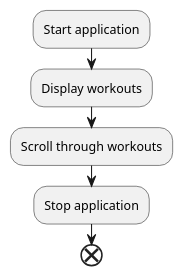
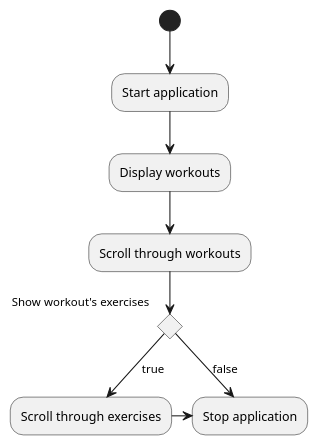
The diagram in doc/ds/activity_diagram.puml (karolinaoparczyk/Dart_Flutter), drawn with PlantUML before and after one commit. The commit also changed other lines of this file and 2 other files, not shown here.

```diff
--- a/doc/ds/activity_diagram.puml
+++ b/doc/ds/activity_diagram.puml
@@ -4,7 +4,11 @@
 @startuml
-:Start application;
-:Display workouts;
-:Scroll through workouts;
-:Stop application;
-end
+(*) --> "Start application"
+"Start application" --> "Display workouts"
+"Display workouts" --> "Scroll through workouts"
+if "Show workout's exercises" then
+  -->[true] "Scroll through exercises"
+  -right-> "Stop application"
+else
+  -->[false] "Stop application"
+endif
 @enduml
```
